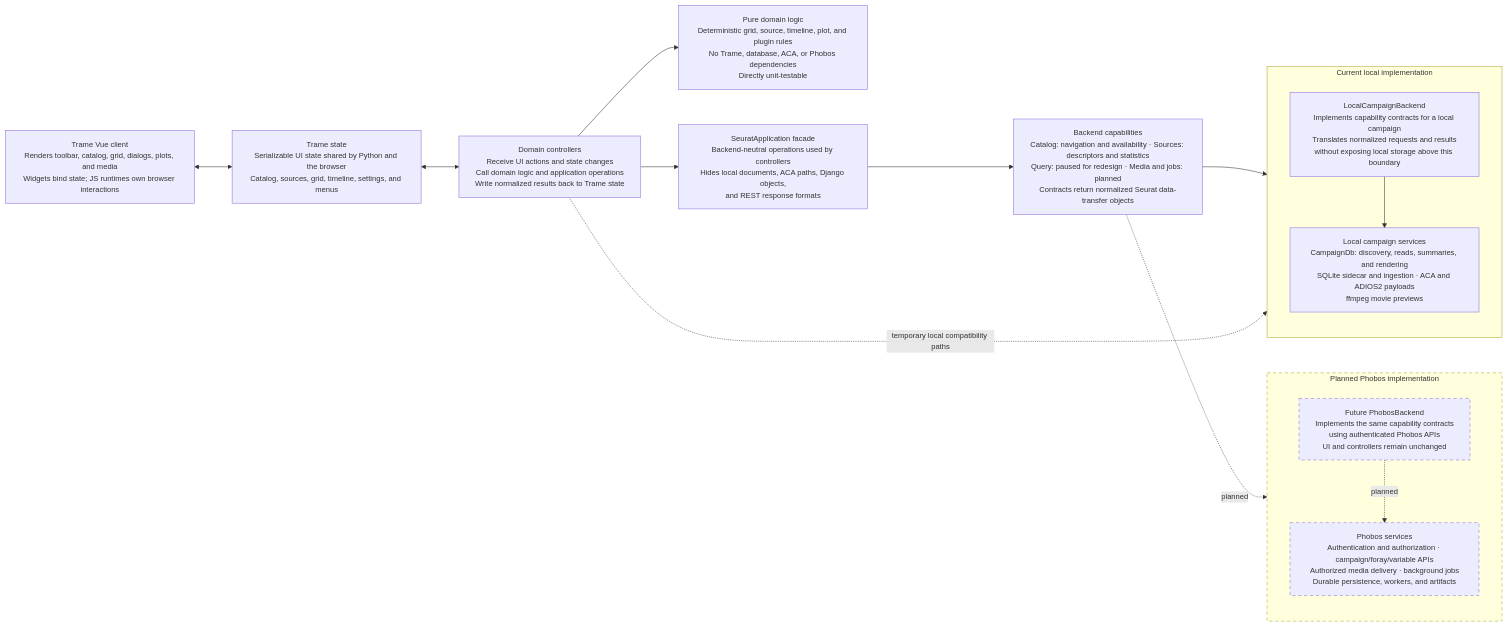
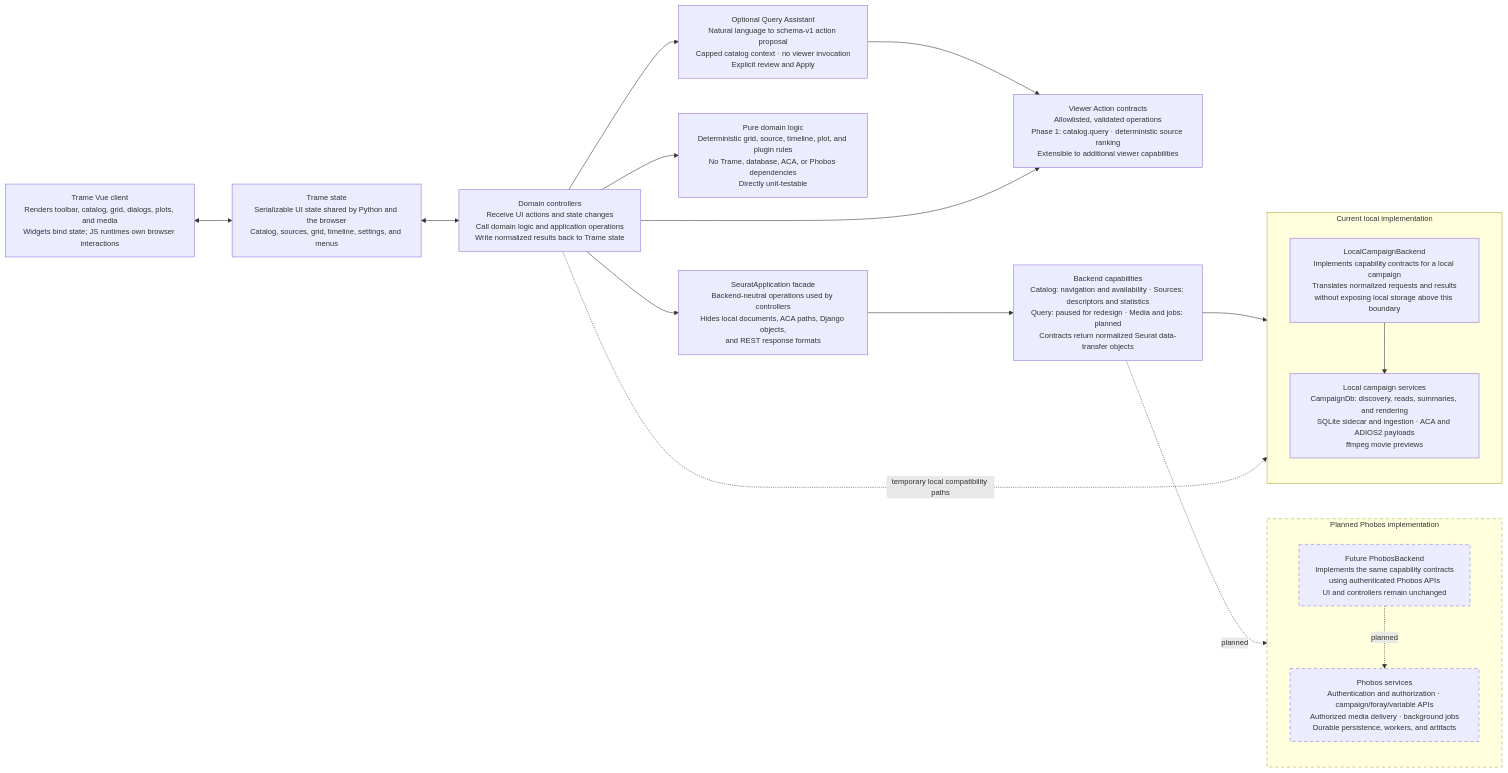
One commit to dpugmire/seurat changed the diagram in ARCHITECTURE.md. Above: the diagram before and after it, drawn with Mermaid. The commit also changed other lines of this file and 35 other files, not shown here.

````diff
--- a/ARCHITECTURE.md
+++ b/ARCHITECTURE.md
@@ -7,37 +7,42 @@
 ```mermaid
 %%{init: {"flowchart": {"nodeSpacing": 65, "rankSpacing": 70, "curve": "basis", "wrappingWidth": 290}, "themeVariables": {"fontSize": "14px"}}}%%
 flowchart LR
   Client["Trame Vue client<br/>Renders toolbar, catalog, grid, dialogs, plots, and media<br/>Widgets bind state; JS runtimes own browser interactions"]
   State["Trame state<br/>Serializable UI state shared by Python and the browser<br/>Catalog, sources, grid, timeline, settings, and menus"]
   Controllers["Domain controllers<br/>Receive UI actions and state changes<br/>Call domain logic and application operations<br/>Write normalized results back to Trame state"]
+  QueryAssistant["Optional Query Assistant<br/>Natural language to schema-v1 action proposal<br/>Capped catalog context · no viewer invocation<br/>Explicit review and Apply"]
+  ViewerActions["Viewer Action contracts<br/>Allowlisted, validated operations<br/>Phase 1: catalog.query · deterministic source ranking<br/>Extensible to additional viewer capabilities"]
   Models["Pure domain logic<br/>Deterministic grid, source, timeline, plot, and plugin rules<br/>No Trame, database, ACA, or Phobos dependencies<br/>Directly unit-testable"]
   Facade["SeuratApplication facade<br/>Backend-neutral operations used by controllers<br/>Hides local documents, ACA paths, Django objects,<br/>and REST response formats"]
   Capabilities["Backend capabilities<br/>Catalog: navigation and availability · Sources: descriptors and statistics<br/>Query: paused for redesign · Media and jobs: planned<br/>Contracts return normalized Seurat data-transfer objects"]
 
   subgraph LOCAL_BRANCH["Current local implementation"]
     direction TB
     LocalBackend["LocalCampaignBackend<br/>Implements capability contracts for a local campaign<br/>Translates normalized requests and results<br/>without exposing local storage above this boundary"]
     LocalServices["Local campaign services<br/>CampaignDb: discovery, reads, summaries, and rendering<br/>SQLite sidecar and ingestion · ACA and ADIOS2 payloads<br/>ffmpeg movie previews"]
     LocalBackend --> LocalServices
   end
 
   subgraph PHOBOS_BRANCH["Planned Phobos implementation"]
     direction TB
     PhobosBackend["Future PhobosBackend<br/>Implements the same capability contracts<br/>using authenticated Phobos APIs<br/>UI and controllers remain unchanged"]
     PhobosServices["Phobos services<br/>Authentication and authorization · campaign/foray/variable APIs<br/>Authorized media delivery · background jobs<br/>Durable persistence, workers, and artifacts"]
     PhobosBackend -. planned .-> PhobosServices
   end
 
   Client <--> State
   State <--> Controllers
+  Controllers --> QueryAssistant
+  QueryAssistant --> ViewerActions
+  Controllers --> ViewerActions
   Controllers --> Models
   Controllers --> Facade
   Facade --> Capabilities
   Capabilities --> LOCAL_BRANCH
   Capabilities -. planned .-> PHOBOS_BRANCH
   Controllers -. "temporary local compatibility paths" .-> LOCAL_BRANCH
 
   classDef planned stroke-dasharray: 6 5
   class PhobosBackend,PhobosServices planned
   style PHOBOS_BRANCH stroke-dasharray: 6 5
 ```
````
